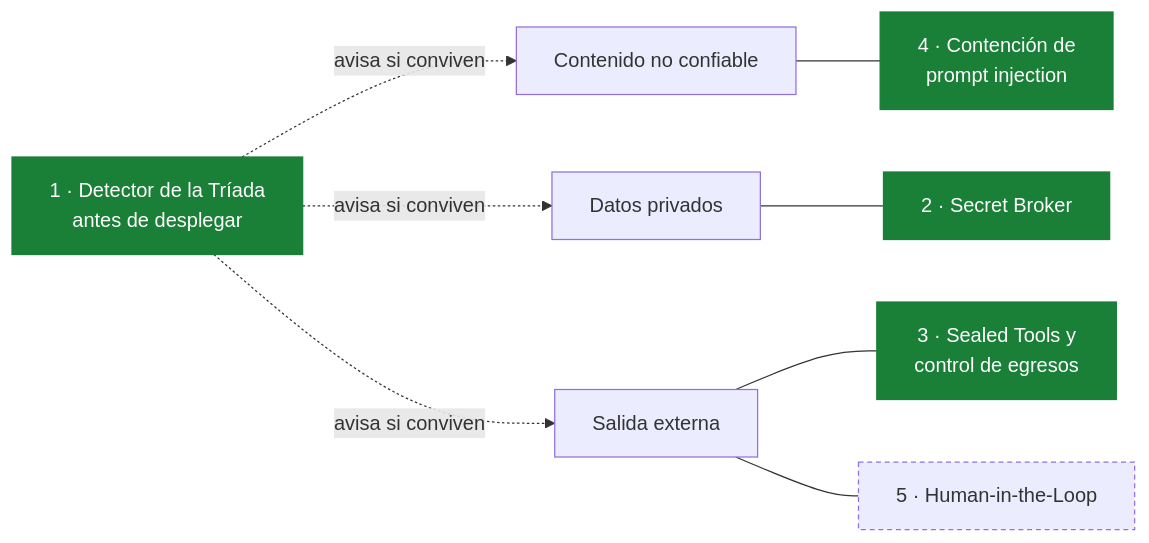
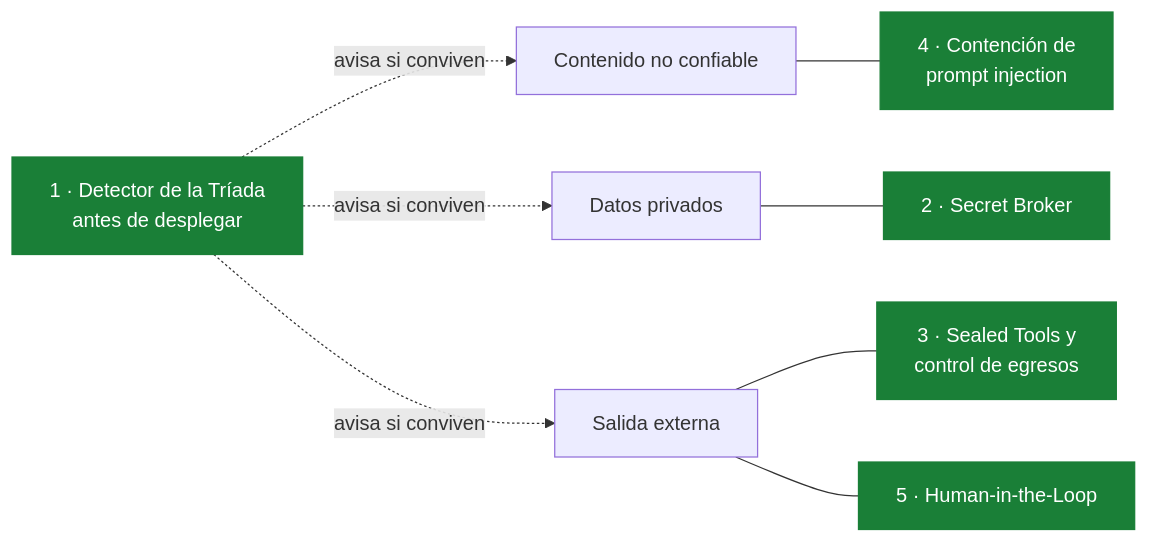
The second of 9 diagrams in README.md (Alex-mk2/AgentGuard), drawn with Mermaid before and after one commit. The commit also changed other lines of this file and 51 other files, not shown here.

````diff
--- a/README.md
+++ b/README.md
@@ -47,13 +47,12 @@
 ```mermaid
 flowchart LR
     M1["1 · Detector de la Tríada<br/>antes de desplegar"] -.->|"avisa si conviven"| U & P & E
     U["Contenido no confiable"] --- M4["4 · Contención de<br/>prompt injection"]
     P["Datos privados"] --- M2["2 · Secret Broker"]
     E["Salida externa"] --- M3["3 · Sealed Tools y<br/>control de egresos"]
     E --- M5["5 · Human-in-the-Loop"]
 
     classDef listo fill:#1a7f37,color:#fff,stroke:#1a7f37
     classDef pendiente stroke-dasharray: 4 3
-    class M1,M2,M3,M4 listo
-    class M5 pendiente
+    class M1,M2,M3,M4,M5 listo
 ```
````
